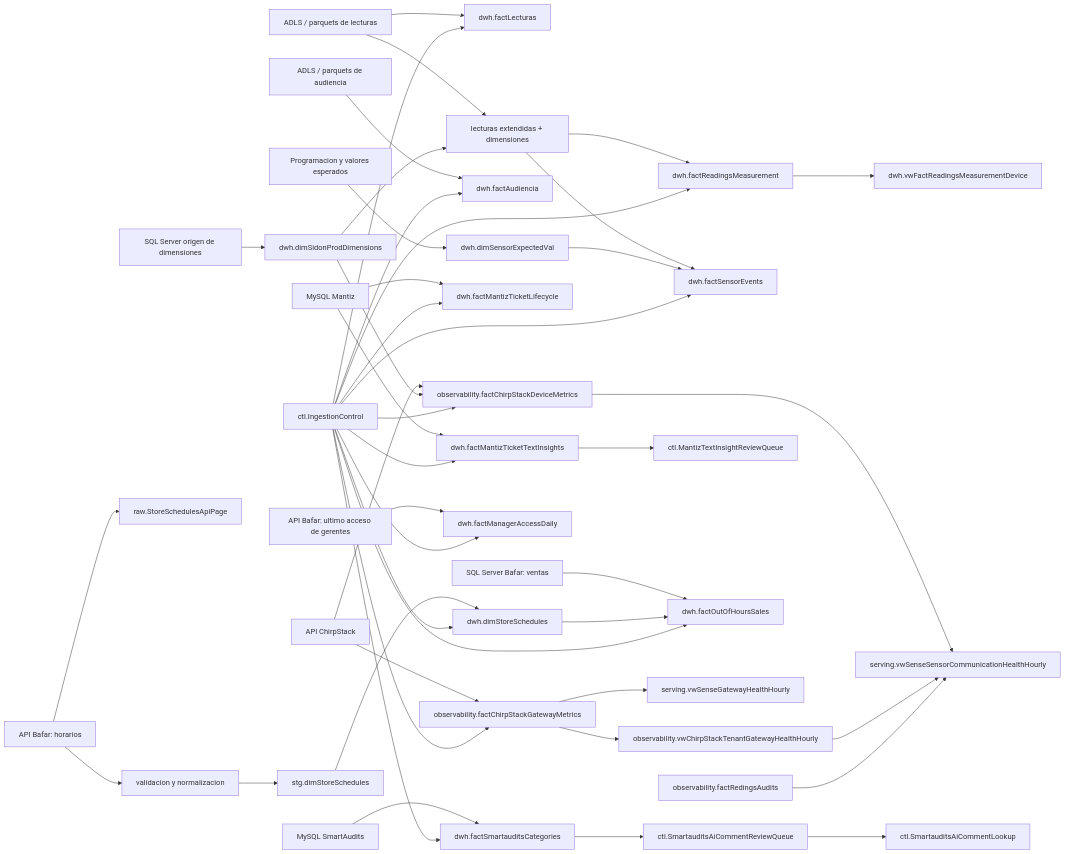
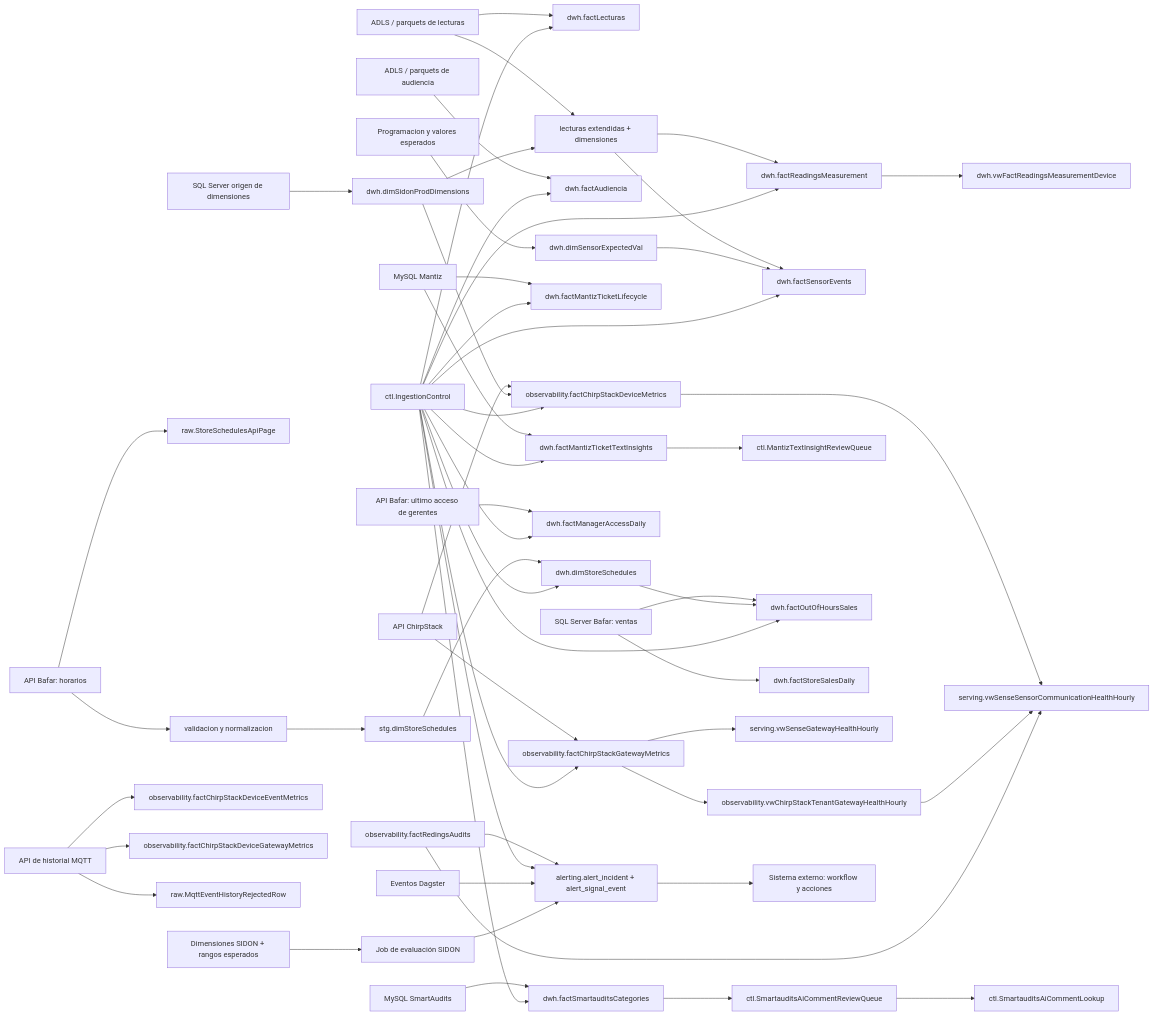
The diagram in docs/architecture/data_flow.md (leotrevizo37/data-etls), drawn with Mermaid before and after one commit. The commit also changed other lines of this file and 12 other files, not shown here.

````diff
--- a/docs/architecture/data_flow.md
+++ b/docs/architecture/data_flow.md
@@ -5,54 +5,64 @@
 ```mermaid
 flowchart LR
   adls["ADLS / parquets de lecturas"] --> factLecturas["dwh.factLecturas"]
   adls --> readingsExtended["lecturas extendidas + dimensiones"]
   audience["ADLS / parquets de audiencia"] --> factAudiencia["dwh.factAudiencia"]
   sqlDims["SQL Server origen de dimensiones"] --> dimSidon["dwh.dimSidonProdDimensions"]
   sqlSchedule["Programacion y valores esperados"] --> expected["dwh.dimSensorExpectedVal"]
 
   dimSidon --> readingsExtended
   readingsExtended --> measurements["dwh.factReadingsMeasurement"]
   measurements --> deviceView["dwh.vwFactReadingsMeasurementDevice"]
 
   readingsExtended --> sensorEvents["dwh.factSensorEvents"]
   expected --> sensorEvents
 
   smartauditsMySql["MySQL SmartAudits"] --> smartauditsFact["dwh.factSmartauditsCategories"]
   smartauditsFact --> smartauditsReview["ctl.SmartauditsAiCommentReviewQueue"]
   smartauditsReview --> smartauditsLookup["ctl.SmartauditsAiCommentLookup"]
 
   mantizMySql["MySQL Mantiz"] --> mantizLifecycle["dwh.factMantizTicketLifecycle"]
   mantizMySql --> mantizInsights["dwh.factMantizTicketTextInsights"]
   mantizInsights --> mantizReview["ctl.MantizTextInsightReviewQueue"]
 
   bafarSales["SQL Server Bafar: ventas"] --> outOfHoursSales["dwh.factOutOfHoursSales"]
+  bafarSales --> dailySales["dwh.factStoreSalesDaily"]
   bafarSchedulesApi["API Bafar: horarios"] --> bafarSchedulesRaw["raw.StoreSchedulesApiPage"]
   bafarSchedulesApi --> bafarSchedulesValidation["validacion y normalizacion"]
   bafarSchedulesValidation --> bafarSchedulesStage["stg.dimStoreSchedules"]
   bafarSchedulesStage --> bafarSchedules["dwh.dimStoreSchedules"]
   bafarSchedules["dwh.dimStoreSchedules"] --> outOfHoursSales
 
   managerAccessApi["API Bafar: ultimo acceso de gerentes"] --> managerAccess["dwh.factManagerAccessDaily"]
 
   chirpstackApi["API ChirpStack"] --> chirpstackDevices["observability.factChirpStackDeviceMetrics"]
   chirpstackApi --> chirpstackGateways["observability.factChirpStackGatewayMetrics"]
   dimSidon --> chirpstackDevices
   chirpstackGateways --> gatewayHealth["serving.vwSenseGatewayHealthHourly"]
   chirpstackGateways --> tenantGatewayHealth["observability.vwChirpStackTenantGatewayHealthHourly"]
   chirpstackDevices --> communicationHealth["serving.vwSenseSensorCommunicationHealthHourly"]
   tenantGatewayHealth --> communicationHealth
   readingsAudits["observability.factRedingsAudits"] --> communicationHealth
+  mqttApi["API de historial MQTT"] --> mqttEvents["observability.factChirpStackDeviceEventMetrics"]
+  mqttApi --> mqttGateways["observability.factChirpStackDeviceGatewayMetrics"]
+  mqttApi --> mqttRejected["raw.MqttEventHistoryRejectedRow"]
+  readingsAudits --> incident["alerting.alert_incident + alert_signal_event"]
+  control --> incident
+  dagsterEvents["Eventos Dagster"] --> incident
+  sidonConfig["Dimensiones SIDON + rangos esperados"] --> sidonEval["Job de evaluación SIDON"]
+  sidonEval --> incident
+  incident --> externalAlerts["Sistema externo: workflow y acciones"]
 
   control["ctl.IngestionControl"] --> factLecturas
   control --> factAudiencia
   control --> measurements
   control --> sensorEvents
   control --> smartauditsFact
   control --> mantizLifecycle
   control --> mantizInsights
   control --> bafarSchedules
   control --> outOfHoursSales
   control --> managerAccess
   control --> chirpstackDevices
   control --> chirpstackGateways
 ```
````
